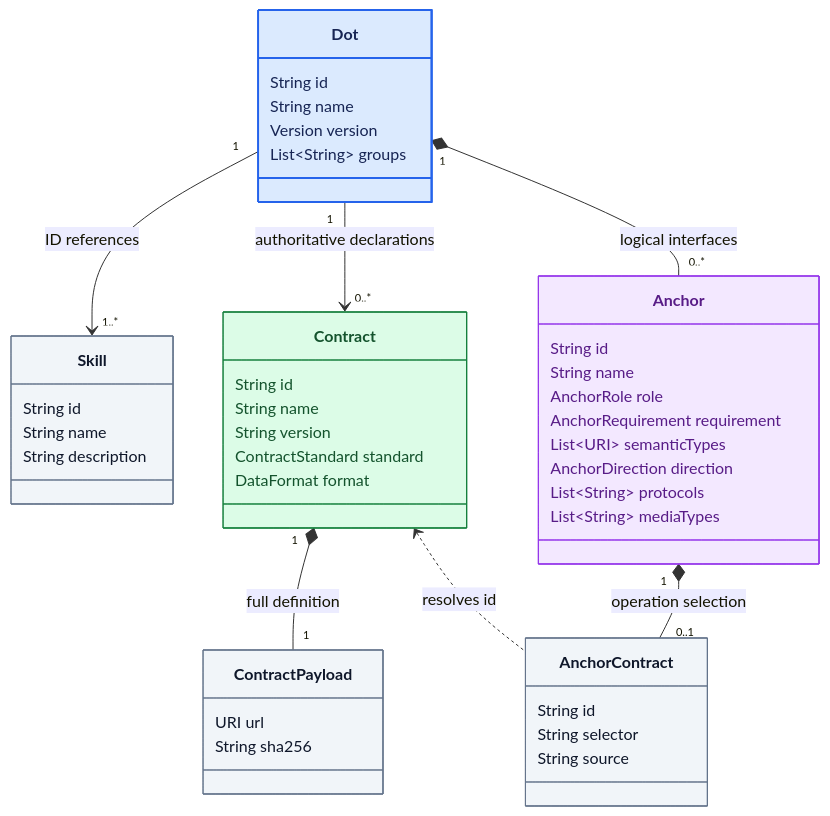
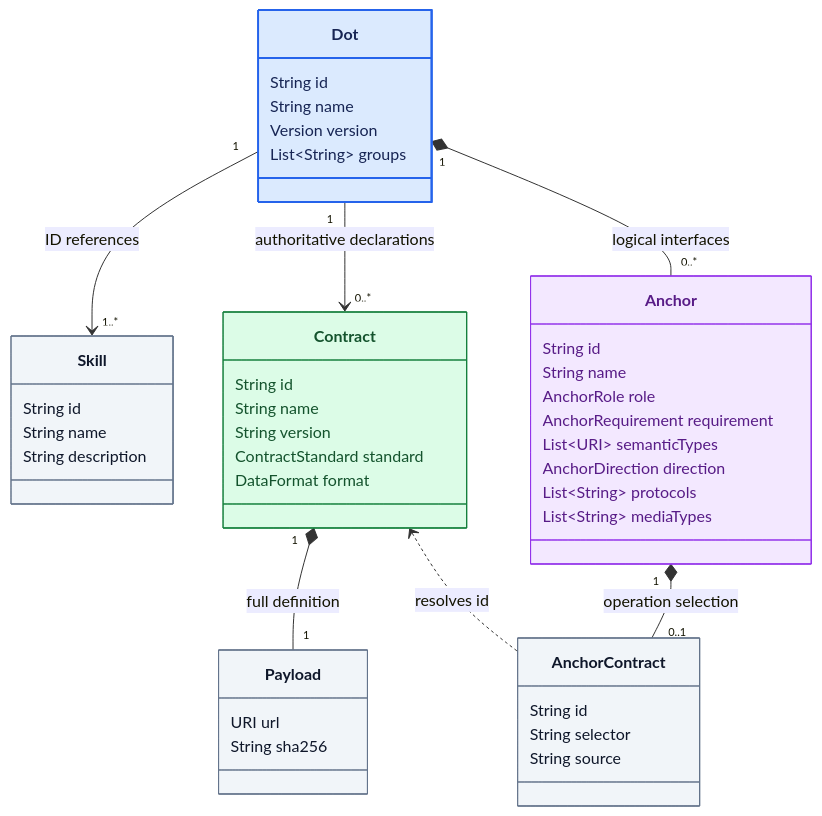
Before and after one commit to MARE-EU-Project/DOT-Docs: the diagram in DOT-Design/next/dot-design/_attachments/diagrams/domain-interfaces.mmd, drawn with Mermaid. The commit also changed 33 other files, not shown here.

```diff
--- a/DOT-Design/next/dot-design/_attachments/diagrams/domain-interfaces.mmd
+++ b/DOT-Design/next/dot-design/_attachments/diagrams/domain-interfaces.mmd
@@ -1,56 +1,56 @@
 classDiagram
   direction TB
   accTitle: DOT identity and interoperable interfaces
   accDescr: A DOT references Skills, declares Contracts, and owns Anchors. Complete Contracts use HTTPS payloads pinned by SHA-256. Contract-backed Anchors select operations by Contract ID and selector.
 
   class Dot {
     String id
     String name
     Version version
     List~String~ groups
   }
   class Skill {
     String id
     String name
     String description
   }
   class Contract {
     String id
     String name
     String version
     ContractStandard standard
     DataFormat format
   }
-  class ContractPayload {
+  class Payload {
     URI url
     String sha256
   }
   class Anchor {
     String id
     String name
     AnchorRole role
     AnchorRequirement requirement
     List~URI~ semanticTypes
     AnchorDirection direction
     List~String~ protocols
     List~String~ mediaTypes
   }
   class AnchorContract {
     String id
     String selector
     String source
   }
 
   Dot "1" --> "1..*" Skill : ID references
   Dot "1" --> "0..*" Contract : authoritative declarations
   Dot "1" *-- "0..*" Anchor : logical interfaces
-  Contract "1" *-- "1" ContractPayload : full definition
+  Contract "1" *-- "1" Payload : full definition
   Anchor "1" *-- "0..1" AnchorContract : operation selection
   Contract <.. AnchorContract : resolves id
 
   style Dot fill:#dbeafe,stroke:#2563eb,color:#172554,stroke-width:2px
   style Skill fill:#f1f5f9,stroke:#64748b,color:#0f172a
-  style ContractPayload fill:#f1f5f9,stroke:#64748b,color:#0f172a
+  style Payload fill:#f1f5f9,stroke:#64748b,color:#0f172a
   style AnchorContract fill:#f1f5f9,stroke:#64748b,color:#0f172a
   style Contract fill:#dcfce7,stroke:#15803d,color:#14532d
   style Anchor fill:#f3e8ff,stroke:#9333ea,color:#581c87
```
